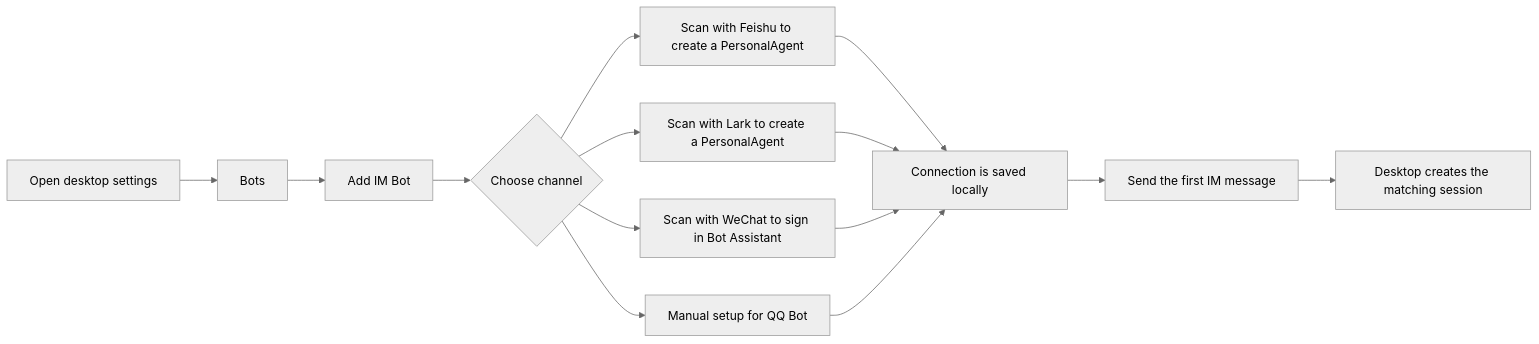
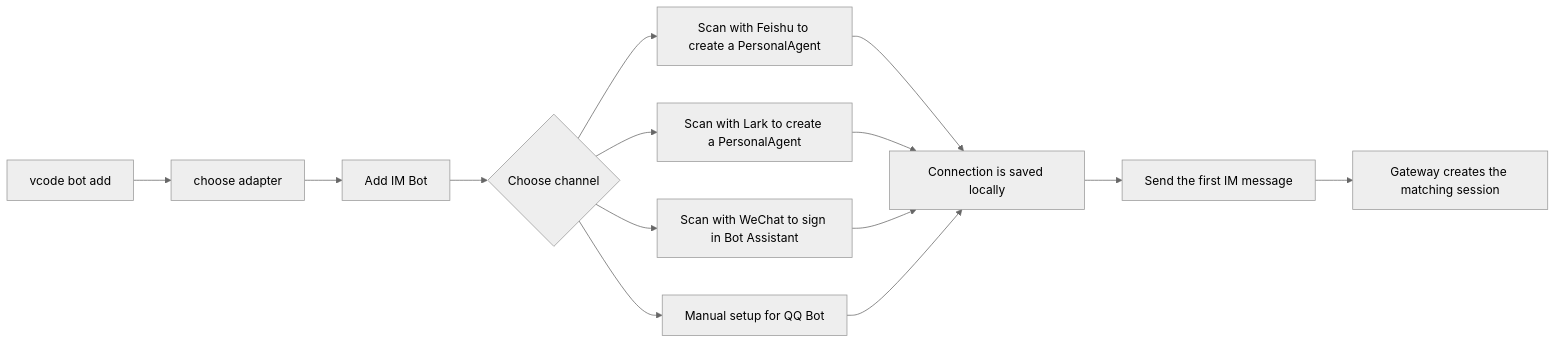
Before and after one commit to zylzyqzz/Vcode: the first of 3 diagrams in docs/BOT_GUIDE.md, drawn with Mermaid (neutral theme). The commit also changed other lines of this file and 598 other files, not shown here.

````diff
--- a/docs/BOT_GUIDE.md
+++ b/docs/BOT_GUIDE.md
@@ -67,16 +67,16 @@
 ```mermaid
 flowchart LR
-  A["Open desktop settings"] --> B["Bots"]
+  A["vcode bot add"] --> B["choose adapter"]
   B --> C["Add IM Bot"]
   C --> D{"Choose channel"}
   D --> E["Scan with Feishu to create a PersonalAgent"]
   D --> F["Scan with Lark to create a PersonalAgent"]
   D --> G["Scan with WeChat to sign in Bot Assistant"]
   D --> H["Manual setup for QQ Bot"]
   E --> I["Connection is saved locally"]
   F --> I
   G --> I
   H --> I
   I --> J["Send the first IM message"]
-  J --> K["Desktop creates the matching session"]
+  J --> K["Gateway creates the matching session"]
 ```
````
